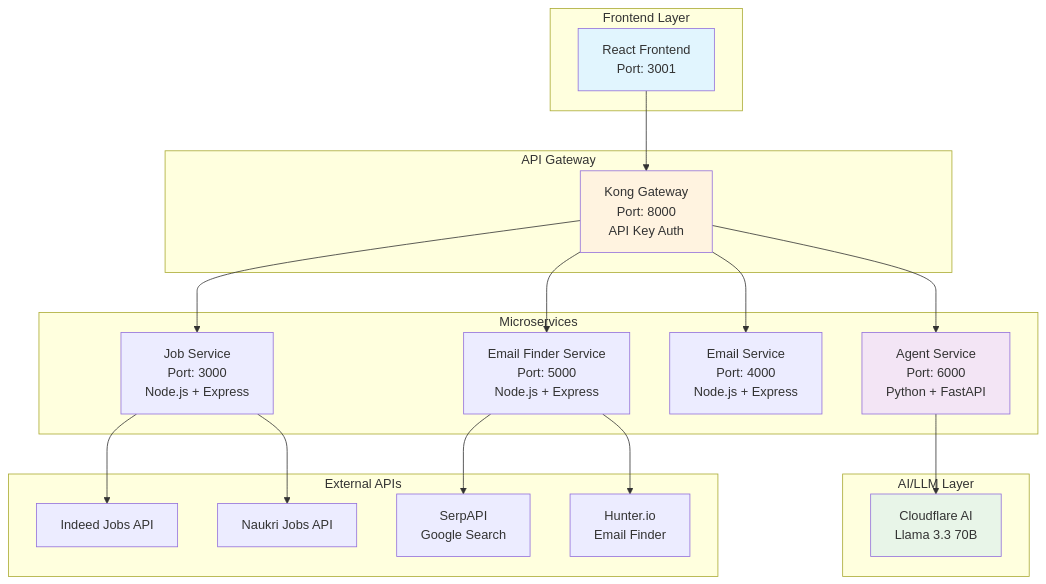
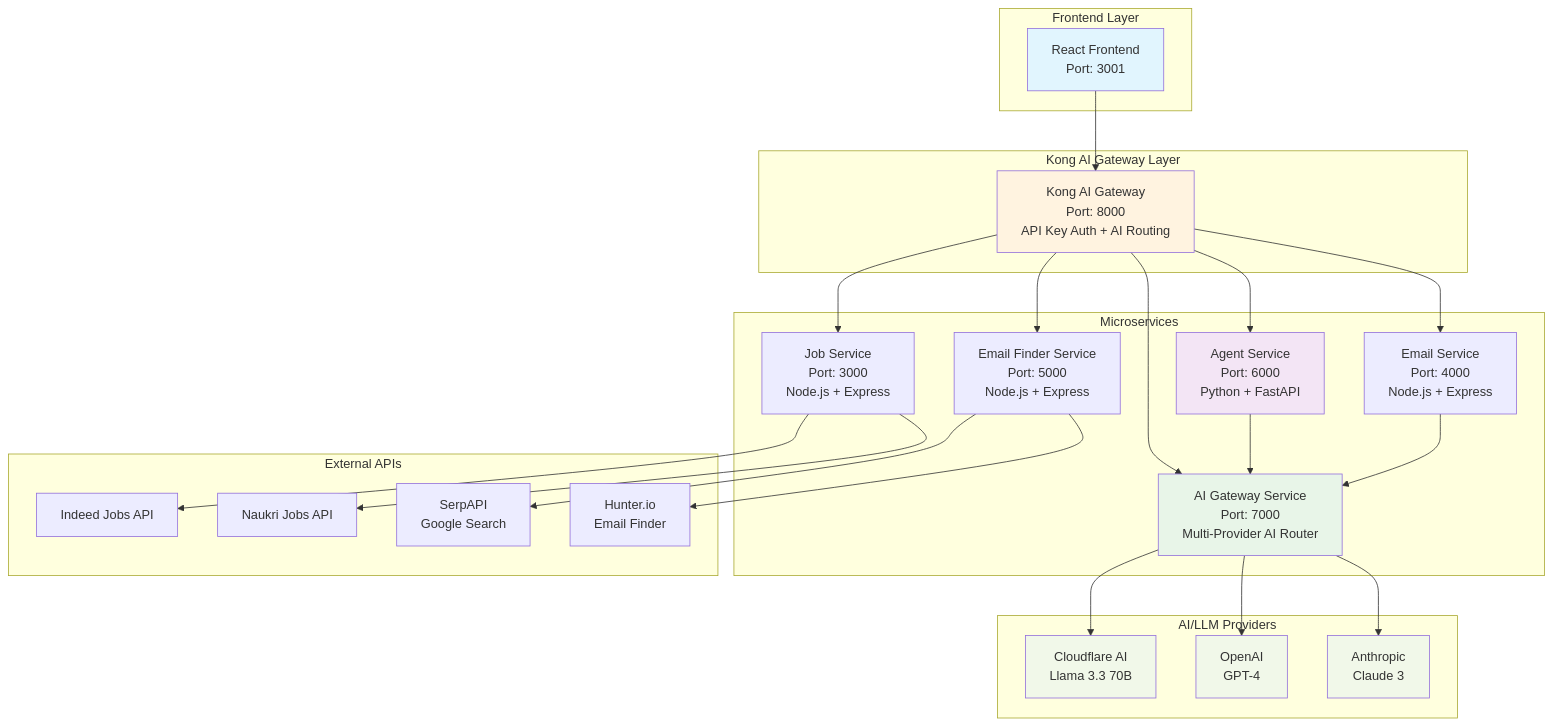
The diagram in readme.md (sanikaardekar/kong-agentic-ai), drawn with Mermaid before and after one commit. The commit also changed other lines of this file and 11 other files, not shown here.

Commit message:
kong ai gateway added

````diff
--- a/readme.md
+++ b/readme.md
@@ -7,46 +7,58 @@
 ```mermaid
 graph TB
     subgraph "Frontend Layer"
         FE[React Frontend<br/>Port: 3001]
     end
     
-    subgraph "API Gateway"
-        KONG[Kong Gateway<br/>Port: 8000<br/>API Key Auth]
+    subgraph "Kong AI Gateway Layer"
+        KONG[Kong AI Gateway<br/>Port: 8000<br/>API Key Auth + AI Routing]
     end
     
     subgraph "Microservices"
         AGENT[Agent Service<br/>Port: 6000<br/>Python + FastAPI]
         JOB[Job Service<br/>Port: 3000<br/>Node.js + Express]
         EMAIL[Email Service<br/>Port: 4000<br/>Node.js + Express]
         FINDER[Email Finder Service<br/>Port: 5000<br/>Node.js + Express]
+        AIGATEWAY[AI Gateway Service<br/>Port: 7000<br/>Multi-Provider AI Router]
     end
     
-    subgraph "AI/LLM Layer"
+    subgraph "AI/LLM Providers"
         CF[Cloudflare AI<br/>Llama 3.3 70B]
+        OPENAI[OpenAI<br/>GPT-4]
+        ANTHROPIC[Anthropic<br/>Claude 3]
     end
     
     subgraph "External APIs"
         INDEED[Indeed Jobs API]
         NAUKRI[Naukri Jobs API]
         SERPAPI[SerpAPI<br/>Google Search]
         HUNTER[Hunter.io<br/>Email Finder]
     end
     
     FE --> KONG
     KONG --> AGENT
     KONG --> JOB
     KONG --> EMAIL
     KONG --> FINDER
+    KONG --> AIGATEWAY
     
-    AGENT --> CF
+    AGENT --> AIGATEWAY
+    EMAIL --> AIGATEWAY
+    
+    AIGATEWAY --> CF
+    AIGATEWAY --> OPENAI
+    AIGATEWAY --> ANTHROPIC
     
     JOB --> INDEED
     JOB --> NAUKRI
     FINDER --> SERPAPI
     FINDER --> HUNTER
     
     style FE fill:#e1f5fe
     style KONG fill:#fff3e0
     style AGENT fill:#f3e5f5
-    style CF fill:#e8f5e8
+    style AIGATEWAY fill:#e8f5e8
+    style CF fill:#f1f8e9
+    style OPENAI fill:#f1f8e9
+    style ANTHROPIC fill:#f1f8e9
 ```
````
